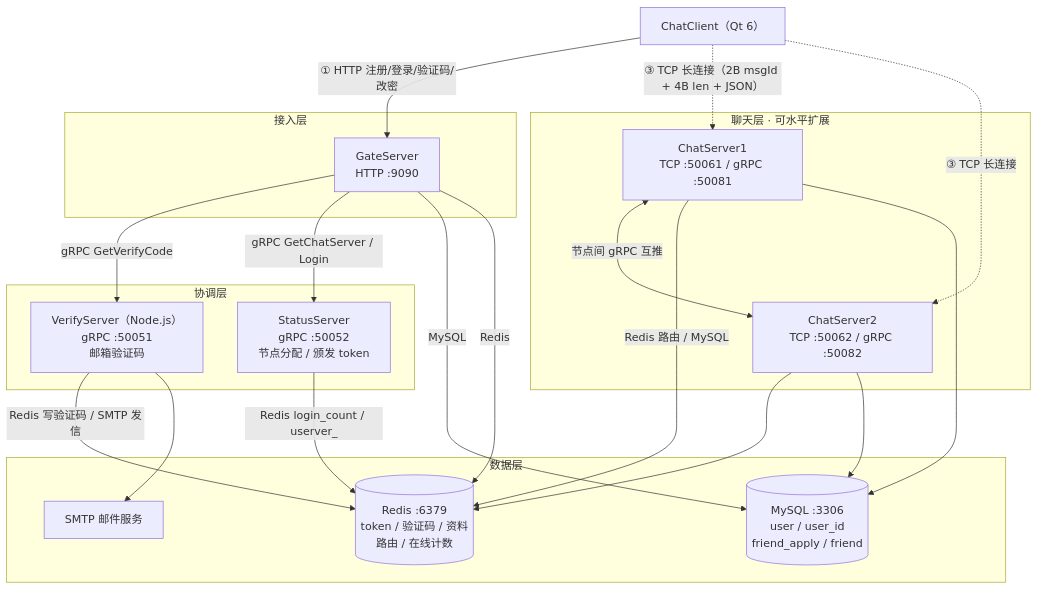
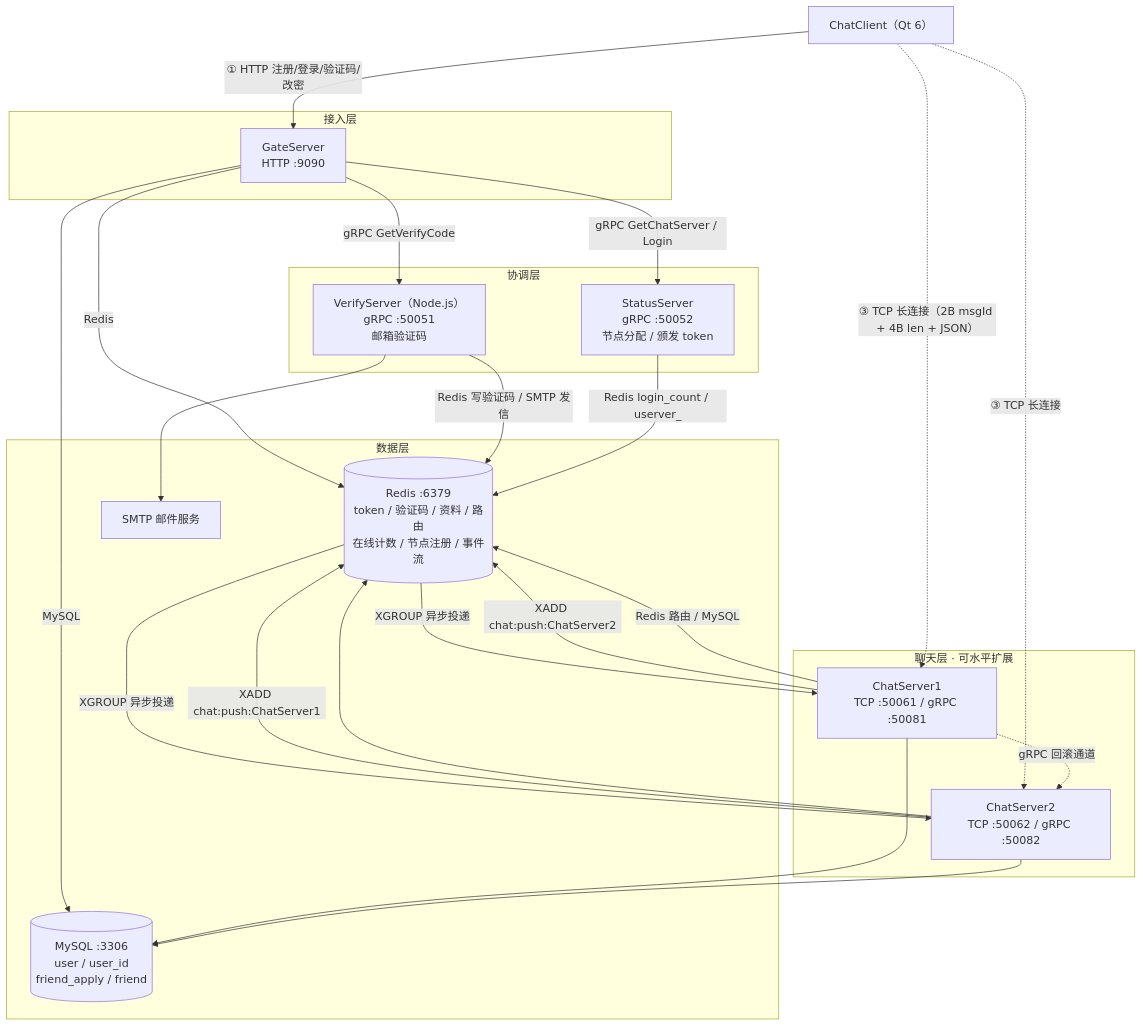
One commit to codeT2001/MyChat changed the first of 2 diagrams in README.md. Above: the diagram before and after it, drawn with Mermaid. The commit also changed other lines of this file and 41 other files, not shown here.

````diff
--- a/README.md
+++ b/README.md
@@ -77,44 +77,48 @@
 ```mermaid
 graph TB
     Client["ChatClient（Qt 6）"]
 
     subgraph access["接入层"]
         Gate["GateServer<br/>HTTP :9090"]
     end
 
     subgraph coord["协调层"]
         Status["StatusServer<br/>gRPC :50052<br/>节点分配 / 颁发 token"]
         Verify["VerifyServer（Node.js）<br/>gRPC :50051<br/>邮箱验证码"]
     end
 
     subgraph chat["聊天层 · 可水平扩展"]
         Chat1["ChatServer1<br/>TCP :50061 / gRPC :50081"]
         Chat2["ChatServer2<br/>TCP :50062 / gRPC :50082"]
     end
 
     subgraph data["数据层"]
-        Redis[("Redis :6379<br/>token / 验证码 / 资料<br/>路由 / 在线计数")]
+        Redis[("Redis :6379<br/>token / 验证码 / 资料 / 路由<br/>在线计数 / 节点注册 / 事件流")]
         MySQL[("MySQL :3306<br/>user / user_id<br/>friend_apply / friend")]
         Mail["SMTP 邮件服务"]
     end
 
     Client -- "① HTTP 注册/登录/验证码/改密" --> Gate
     Client -. "③ TCP 长连接（2B msgId + 4B len + JSON）" .-> Chat1
     Client -. "③ TCP 长连接" .-> Chat2
 
     Gate -- "gRPC GetVerifyCode" --> Verify
     Gate -- "gRPC GetChatServer / Login" --> Status
     Gate -- "MySQL" --> MySQL
     Gate -- "Redis" --> Redis
 
     Verify -- "Redis 写验证码 / SMTP 发信" --> Redis
     Verify --> Mail
 
     Status -- "Redis login_count / userver_" --> Redis
 
-    Chat1 <-- "节点间 gRPC 互推" --> Chat2
+    Chat1 -- "XADD chat:push:ChatServer2" --> Redis
+    Chat2 -- "XADD chat:push:ChatServer1" --> Redis
+    Redis -- "XGROUP 异步投递" --> Chat1
+    Redis -- "XGROUP 异步投递" --> Chat2
+    Chat1 -.->|"gRPC 回滚通道"| Chat2
     Chat1 -- "Redis 路由 / MySQL" --> Redis
     Chat1 --> MySQL
     Chat2 --> Redis
     Chat2 --> MySQL
 ```
````
